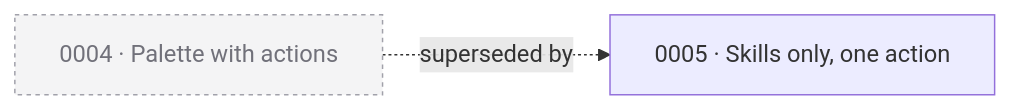
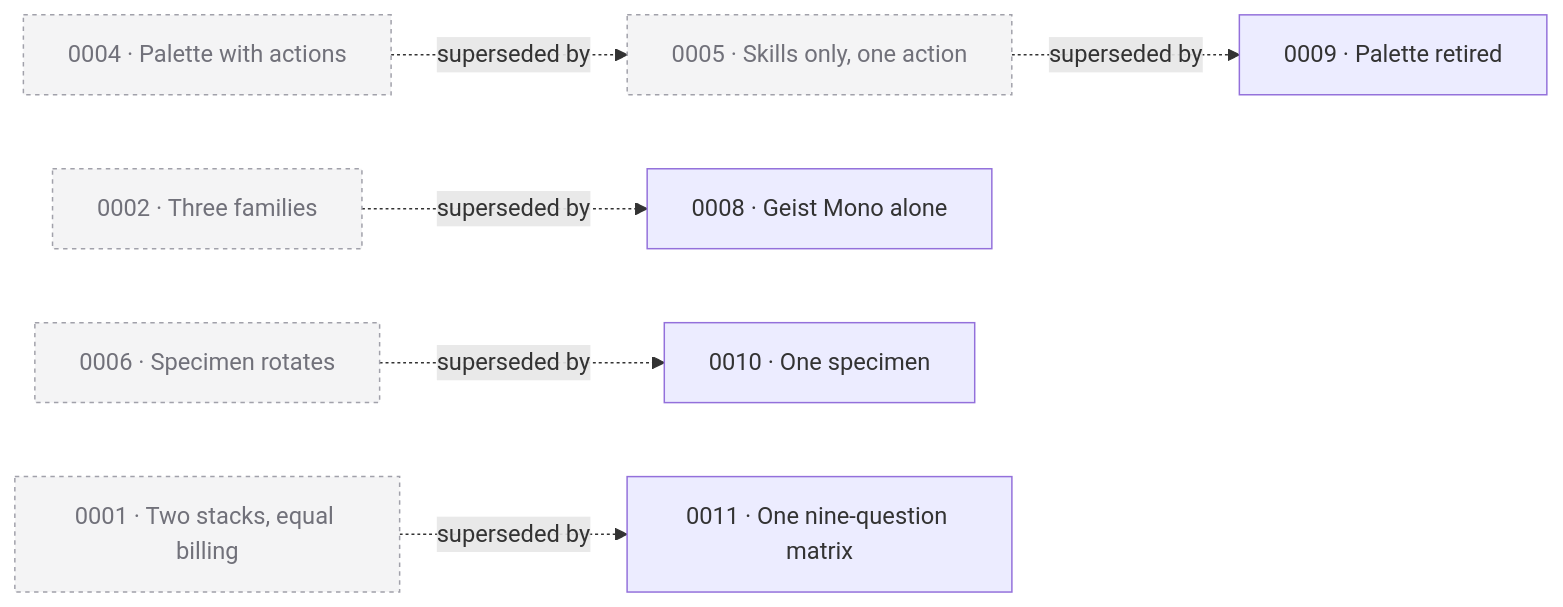
Before and after one commit to vidhunnan/agentic-skills: the diagram in design/decisions/README.md, drawn with Mermaid. The commit also changed other lines of this file and 100 other files, not shown here.

````diff
--- a/design/decisions/README.md
+++ b/design/decisions/README.md
@@ -55,7 +60,22 @@
 ```mermaid
 graph LR
   0004["0004 · Palette with actions"]:::superseded
-  0005["0005 · Skills only, one action"]
+  0005["0005 · Skills only, one action"]:::superseded
+  0009["0009 · Palette retired"]
   0004 -.->|superseded by| 0005
+  0005 -.->|superseded by| 0009
+
+  0002["0002 · Three families"]:::superseded
+  0008["0008 · Geist Mono alone"]
+  0002 -.->|superseded by| 0008
+
+  0006["0006 · Specimen rotates"]:::superseded
+  0010["0010 · One specimen"]
+  0006 -.->|superseded by| 0010
+
+  0001["0001 · Two stacks, equal billing"]:::superseded
+  0011["0011 · One nine-question matrix"]
+  0001 -.->|superseded by| 0011
+
   classDef superseded fill:#f4f4f5,stroke:#a1a1aa,color:#71717a,stroke-dasharray:3 3;
 ```
````
